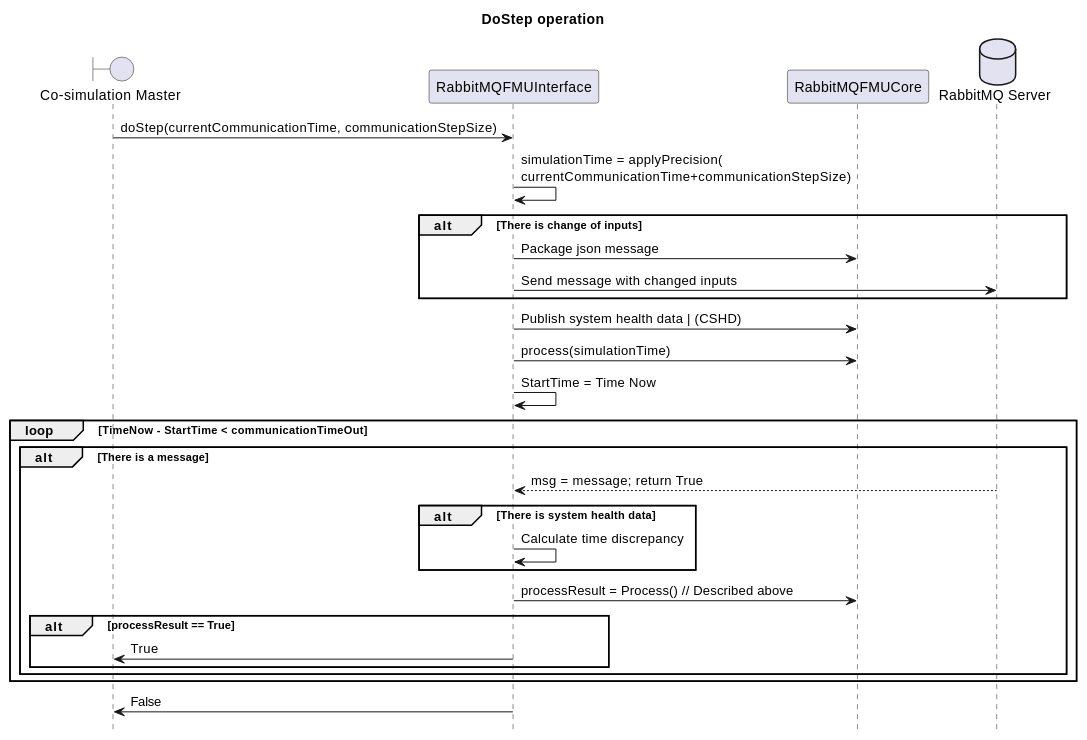
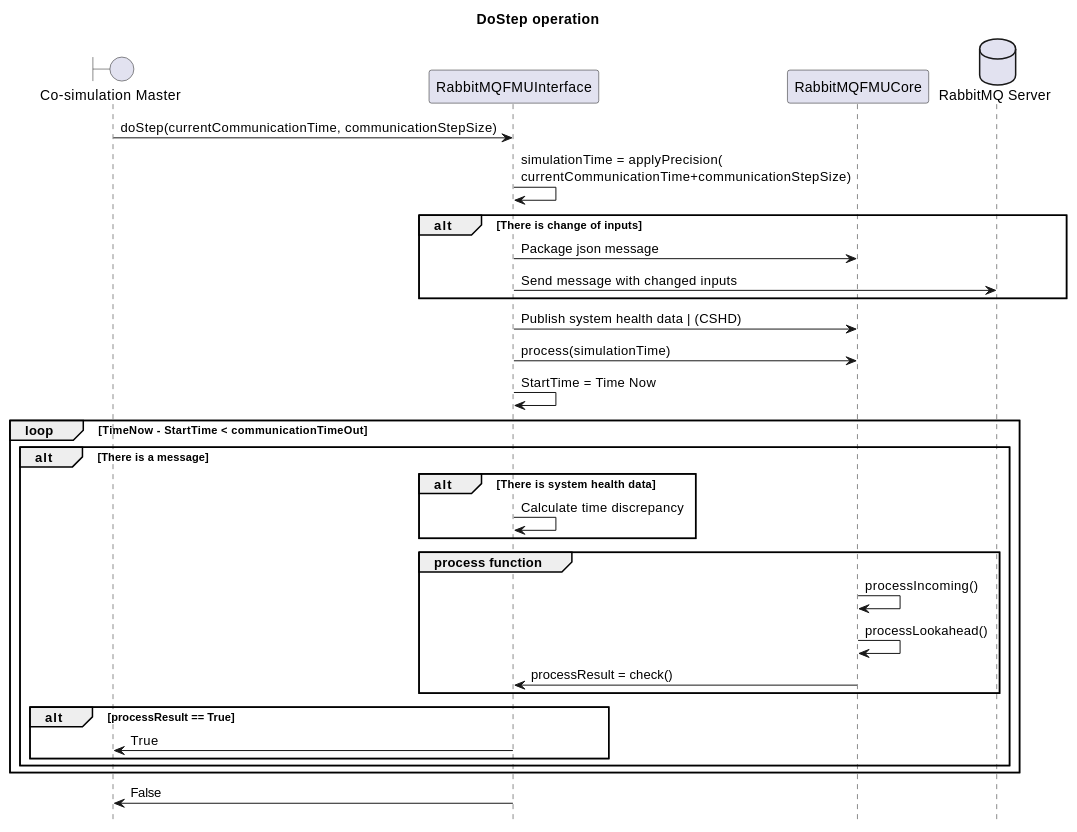
One commit to INTO-CPS-Association/fmu-rabbitmq changed the third of 3 diagrams in docs/data-handling.rst. Above: the diagram before and after it, drawn with PlantUML. The commit also changed other lines of this file, not shown here.

```diff
--- a/docs/data-handling.rst
+++ b/docs/data-handling.rst
@@ -119,33 +117,36 @@
 .. uml::
 
     title DoStep operation
     hide footbox
 
     boundary "Co-simulation Master" as Master
     participant RabbitMQFMUInterface as FMUI
     participant RabbitMQFMUCore as FMUC
     database "RabbitMQ Server" as server
 
 
     Master -> FMUI: doStep(currentCommunicationTime, communicationStepSize)
     FMUI -> FMUI: simulationTime = applyPrecision(\ncurrentCommunicationTime+communicationStepSize)
     alt There is change of inputs
         FMUI -> FMUC: Package json message
         FMUI -> server: Send message with changed inputs
     end
     FMUI -> FMUC: Publish system health data | (CSHD)
     FMUI -> FMUC: process(simulationTime)
     FMUI -> FMUI: StartTime = Time Now
     loop TimeNow - StartTime < communicationTimeOut
         alt There is a message
-            server --> FMUI: msg = message; return True
             alt There is system health data
                FMUI -> FMUI: Calculate time discrepancy
             end
-            FMUI -> FMUC: processResult = Process() // Described above
+            group process function
+                 FMUC -> FMUC: processIncoming()
+                 FMUC -> FMUC: processLookahead()
+                 FMUC -> FMUI: processResult = check()
+            end
             alt processResult == True
                 FMUI -> Master: True
             end
         end
     end
     FMUI -> Master: False
```
